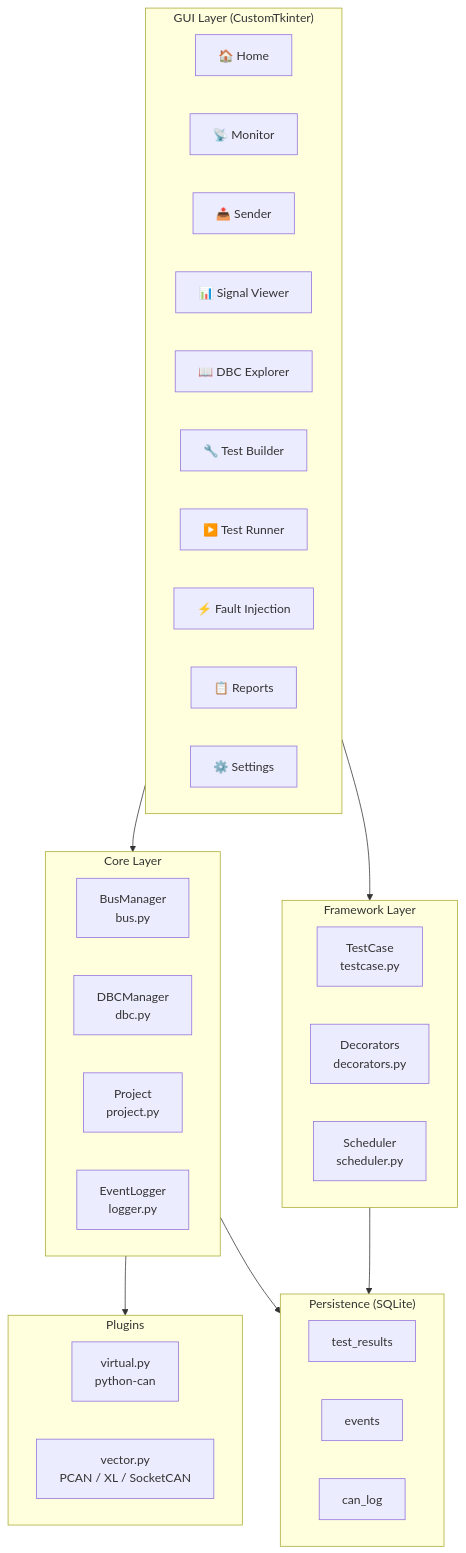
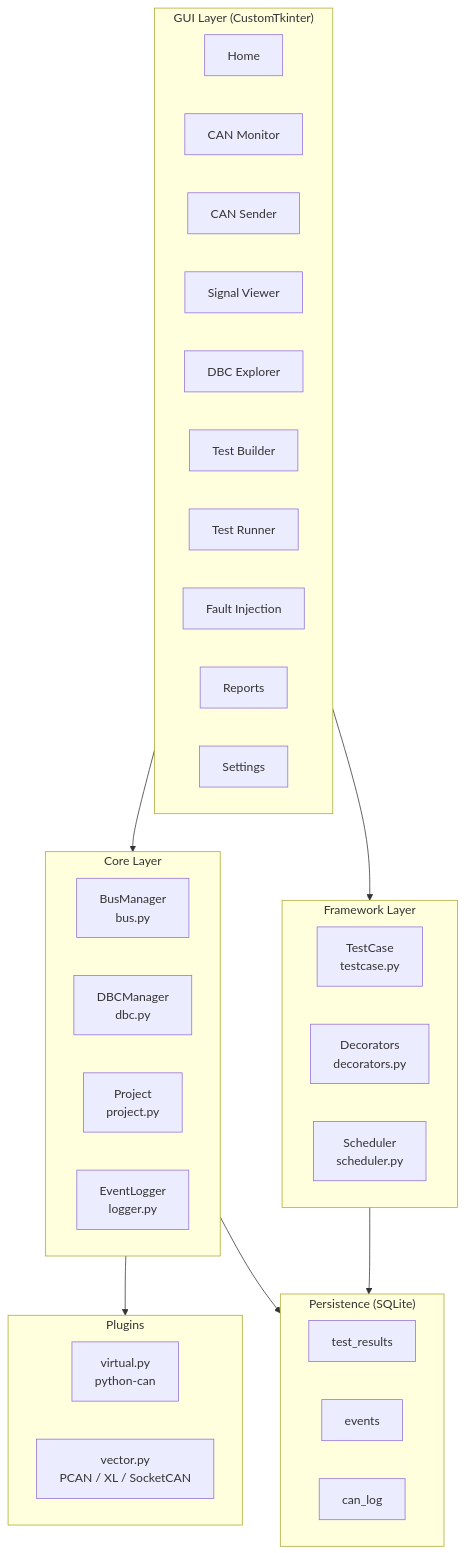
The second of 18 diagrams in README.md (PriyanshuKSharma/AutoTestStudio), drawn with Mermaid before and after one commit. The commit also changed other lines of this file and 1 other file, not shown here.

Commit message:
style: replace emojis with professional Unicode symbols in sidebar nav and README diagrams

````diff
--- a/README.md
+++ b/README.md
@@ -45,45 +45,45 @@
 ```mermaid
 graph TB
     subgraph GUI["GUI Layer  (CustomTkinter)"]
-        HOME["🏠 Home"]
-        MON["📡 Monitor"]
-        SND["📤 Sender"]
-        SIG["📊 Signal Viewer"]
-        DBC_EX["📖 DBC Explorer"]
-        TB["🔧 Test Builder"]
-        TR["▶️ Test Runner"]
-        FI["⚡ Fault Injection"]
-        RPT["📋 Reports"]
-        SET["⚙️ Settings"]
+        HOME["Home"]
+        MON["CAN Monitor"]
+        SND["CAN Sender"]
+        SIG["Signal Viewer"]
+        DBC_EX["DBC Explorer"]
+        TB["Test Builder"]
+        TR["Test Runner"]
+        FI["Fault Injection"]
+        RPT["Reports"]
+        SET["Settings"]
     end
 
     subgraph CORE["Core Layer"]
         BM["BusManager\nbus.py"]
         DM["DBCManager\ndbc.py"]
         PROJ["Project\nproject.py"]
         LOG["EventLogger\nlogger.py"]
     end
 
     subgraph FW["Framework Layer"]
         TC["TestCase\ntestcase.py"]
         DEC["Decorators\ndecorators.py"]
         SCH["Scheduler\nscheduler.py"]
     end
 
     subgraph PLUG["Plugins"]
         VIRT["virtual.py\npython-can"]
         VEC["vector.py\nPCAN / XL / SocketCAN"]
     end
 
     subgraph DB["Persistence  (SQLite)"]
         T1["test_results"]
         T2["events"]
         T3["can_log"]
     end
 
     GUI --> CORE
     GUI --> FW
     CORE --> PLUG
     CORE --> DB
     FW --> DB
 ```
````
